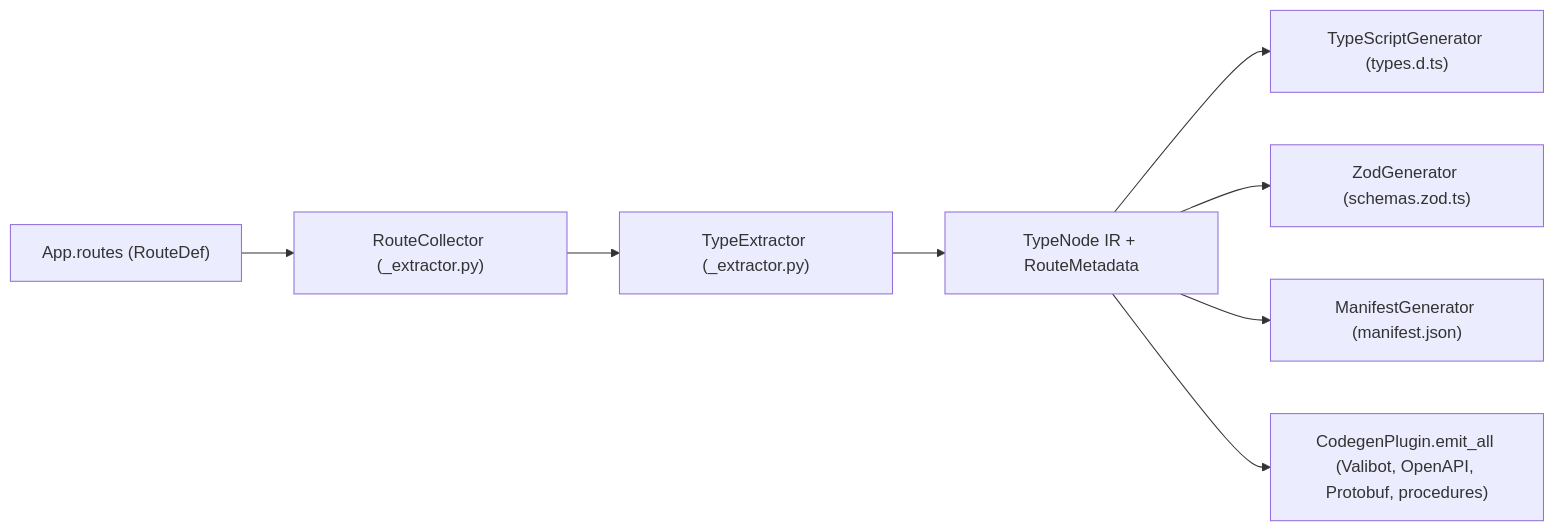
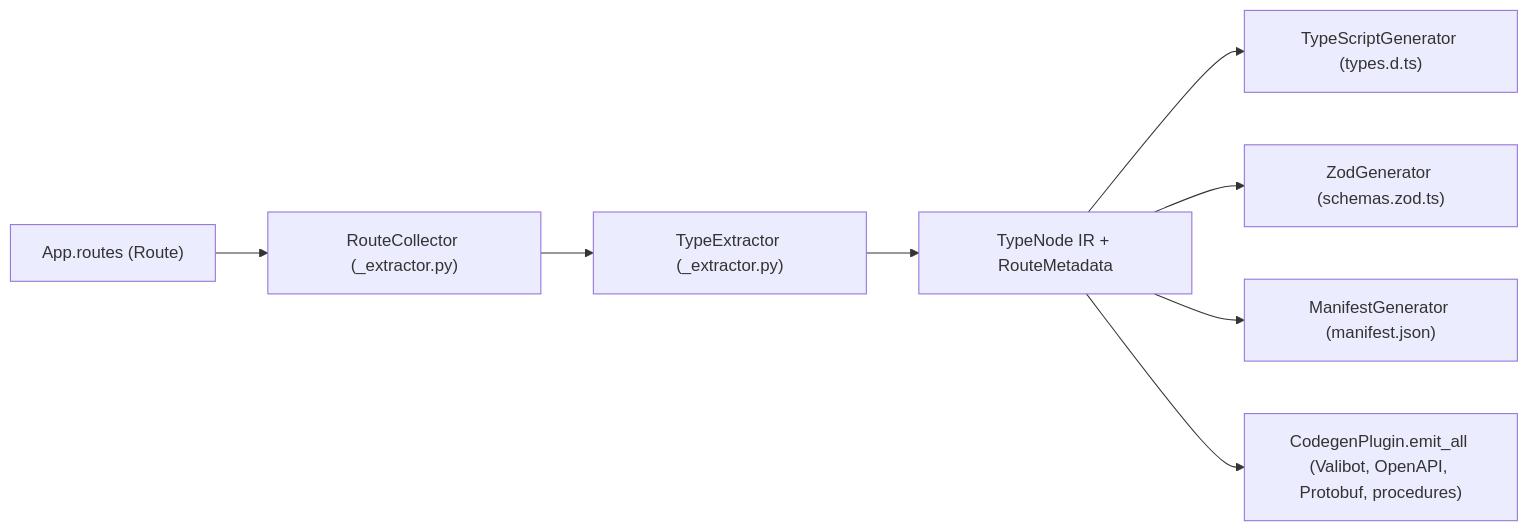
One commit to cofin/vertebra changed the diagram in .agents/bundles/knowledge/architecture/frontend/codegen-and-inertia.md. Above: the diagram before and after it, drawn with Mermaid. The commit also changed other lines of this file and 63 other files, not shown here.

````diff
--- a/.agents/bundles/knowledge/architecture/frontend/codegen-and-inertia.md
+++ b/.agents/bundles/knowledge/architecture/frontend/codegen-and-inertia.md
@@ -28,10 +28,10 @@
 ```mermaid
 flowchart LR
-    App["App.routes (RouteDef)"] --> Collector["RouteCollector (_extractor.py)"]
+    App["App.routes (Route)"] --> Collector["RouteCollector (_extractor.py)"]
     Collector --> Extractor["TypeExtractor (_extractor.py)"]
     Extractor --> IR["TypeNode IR + RouteMetadata"]
     IR --> TS["TypeScriptGenerator (types.d.ts)"]
     IR --> Zod["ZodGenerator (schemas.zod.ts)"]
     IR --> Man["ManifestGenerator (manifest.json)"]
     IR --> Plugin["CodegenPlugin.emit_all (Valibot, OpenAPI, Protobuf, procedures)"]
 ```
````
